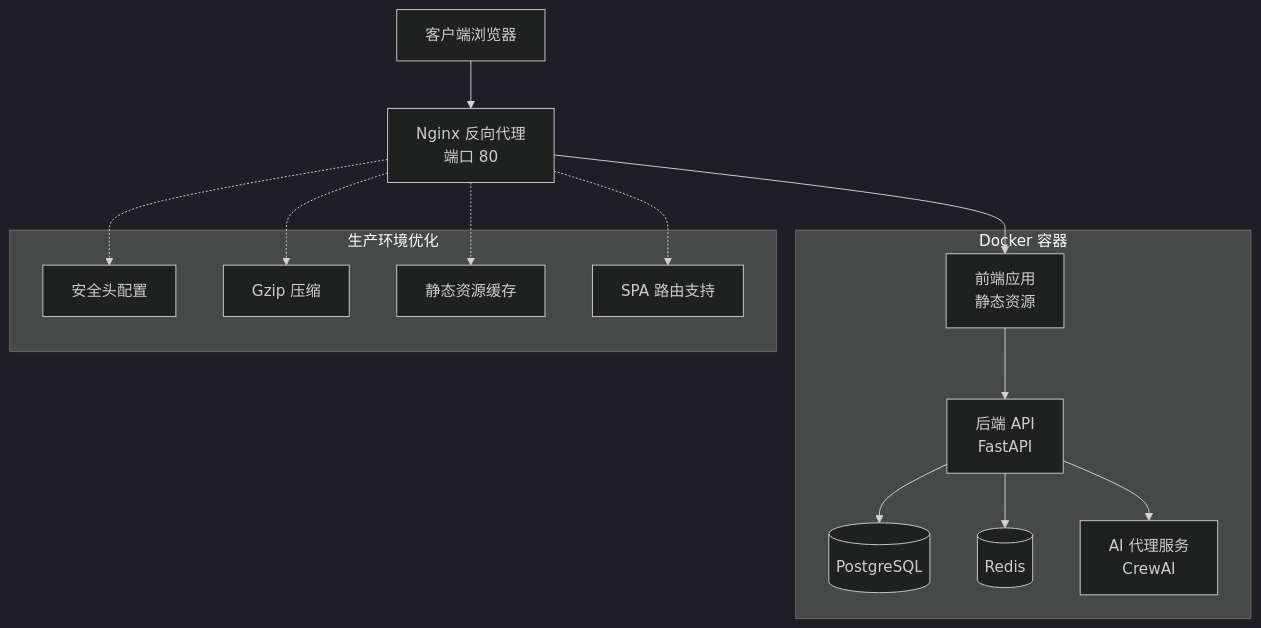
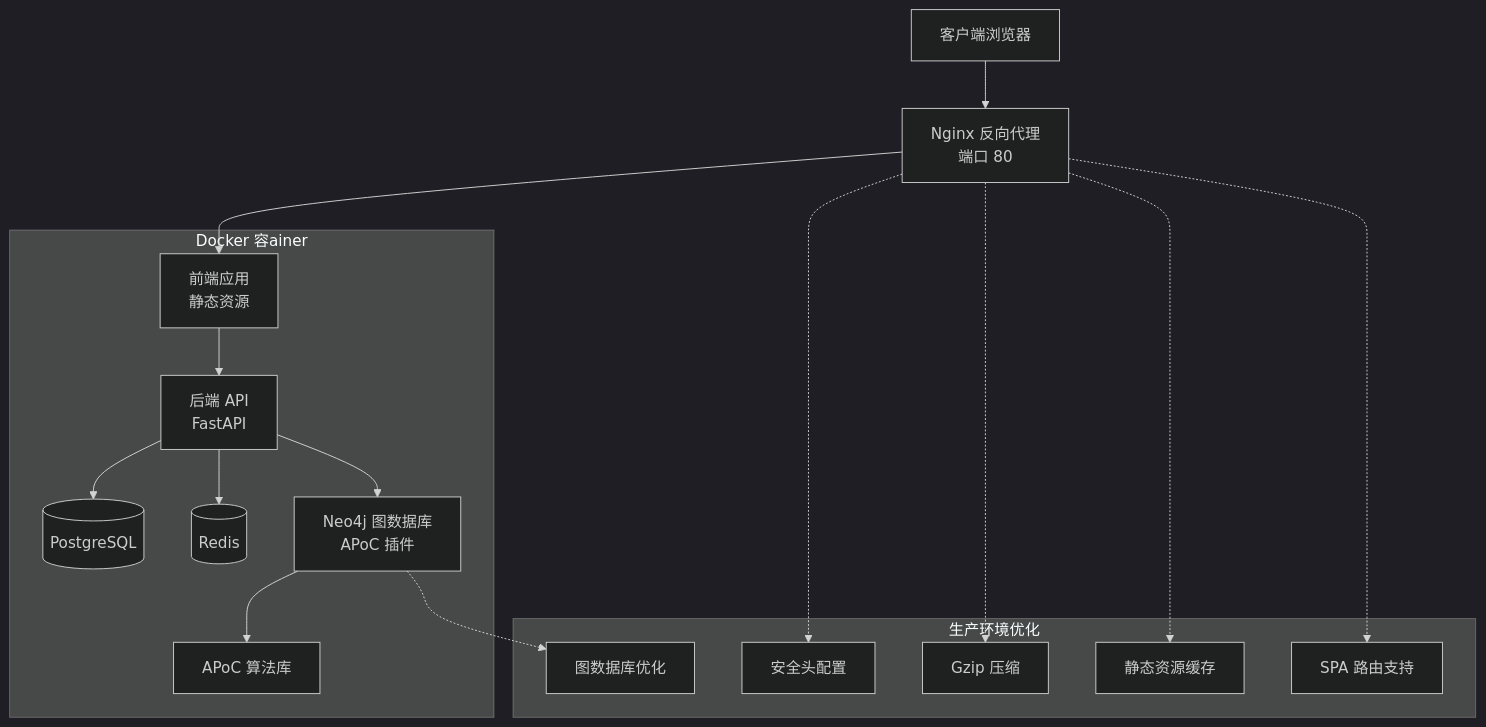
Before and after one commit to xfbyxq/ai-novel-system: the second of 21 diagrams in .qoder/repowiki/zh/content/Docker Deployment.md, drawn with Mermaid (dark theme). The commit also changed other lines of this file and 19 other files, not shown here.

First line of the commit message:
feat(graph): 新增图数据库完整支持与AI聊天集成

````diff
--- a/.qoder/repowiki/zh/content/Docker Deployment.md
+++ b/.qoder/repowiki/zh/content/Docker Deployment.md
@@ -195,26 +228,30 @@
 ```mermaid
 graph TD
 CLIENT[客户端浏览器] --> NGINX[Nginx 反向代理<br/>端口 80]
 NGINX --> FRONTEND[前端应用<br/>静态资源]
 FRONTEND --> BACKEND[后端 API<br/>FastAPI]
 BACKEND --> DB[(PostgreSQL)]
 BACKEND --> CACHE[(Redis)]
-BACKEND --> AGENTS[AI 代理服务<br/>CrewAI]
-subgraph "Docker 容器"
+BACKEND --> GRAPH_DB[Neo4j 图数据库<br/>APoC 插件]
+GRAPH_DB --> APOC[APoC 算法库]
+subgraph "Docker 容ainer"
 FRONTEND
 BACKEND
 DB
 CACHE
-AGENTS
+GRAPH_DB
+APOC
 end
 subgraph "生产环境优化"
 SECURITY[安全头配置]
 GZIP[Gzip 压缩]
 CACHE_STATIC[静态资源缓存]
 SPA_ROUTING[SPA 路由支持]
+GRAPH_OPTIMIZATION[图数据库优化]
 end
 NGINX -.-> SECURITY
 NGINX -.-> GZIP
 NGINX -.-> CACHE_STATIC
 NGINX -.-> SPA_ROUTING
+GRAPH_DB -.-> GRAPH_OPTIMIZATION
 ```
````
